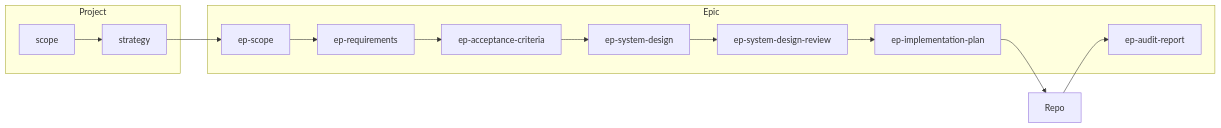
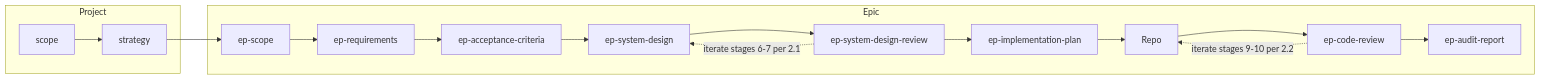
One commit to asubbot/personal-assistant changed the second of 2 diagrams in ai-sdlc/specification/pipeline.spec.md. Above: the diagram before and after it, drawn with Mermaid. The commit also changed other lines of this file and 10 other files, not shown here.

````diff
--- a/ai-sdlc/specification/pipeline.spec.md
+++ b/ai-sdlc/specification/pipeline.spec.md
@@ -108,18 +150,24 @@
 ```mermaid
 flowchart LR
   subgraph project [Project]
     scope[scope]
     strategy[strategy]
   end
   subgraph epic [Epic]
     ep_scope[ep-scope]
     ep_req[ep-requirements]
     ep_ac[ep-acceptance-criteria]
     ep_design[ep-system-design]
     ep_rev[ep-system-design-review]
     ep_impl[ep-implementation-plan]
+    repo[Repo]
+    ep_cr[ep-code-review]
     ep_audit[ep-audit-report]
   end
-  scope --> strategy --> ep_scope --> ep_req --> ep_ac --> ep_design --> ep_rev --> ep_impl --> repo[Repo]
-  repo --> ep_audit
+  scope --> strategy --> ep_scope --> ep_req --> ep_ac --> ep_design --> ep_rev
+  ep_rev -.->|iterate stages 6-7 per 2.1| ep_design
+  ep_rev --> ep_impl --> repo
+  repo --> ep_cr
+  ep_cr -.->|iterate stages 9-10 per 2.2| repo
+  ep_cr --> ep_audit
 ```
````
